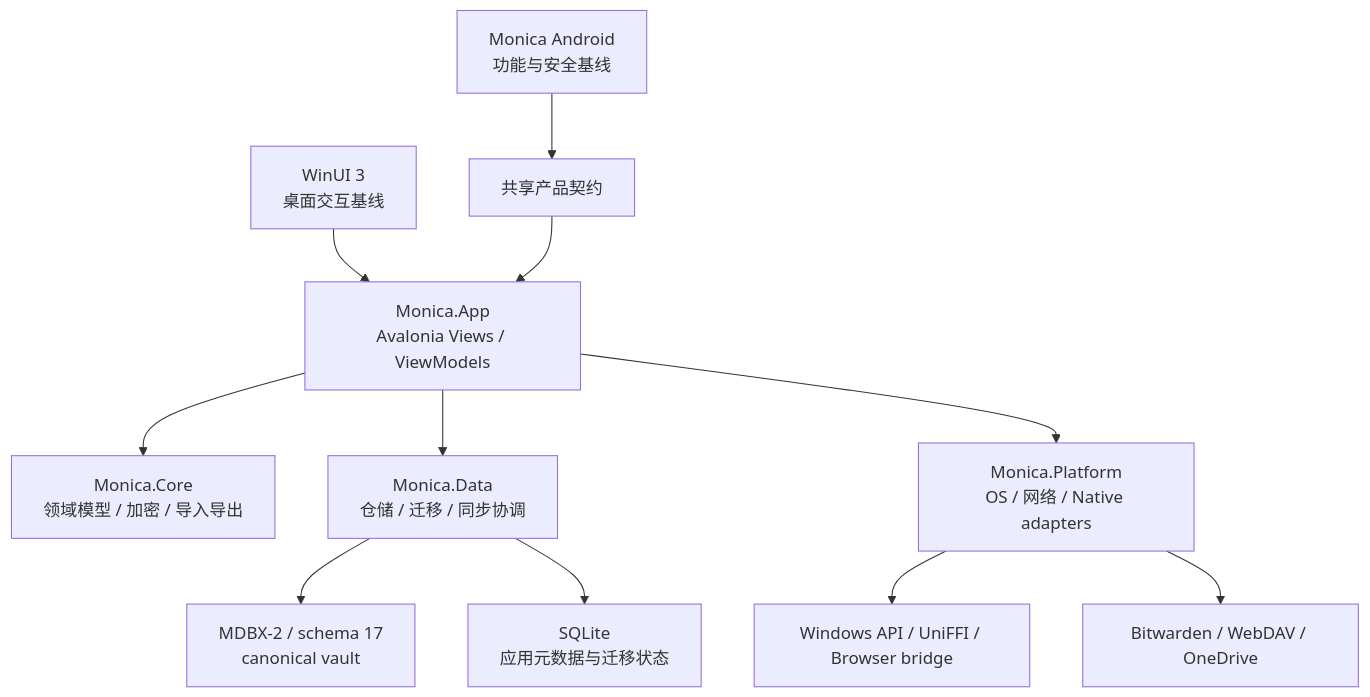
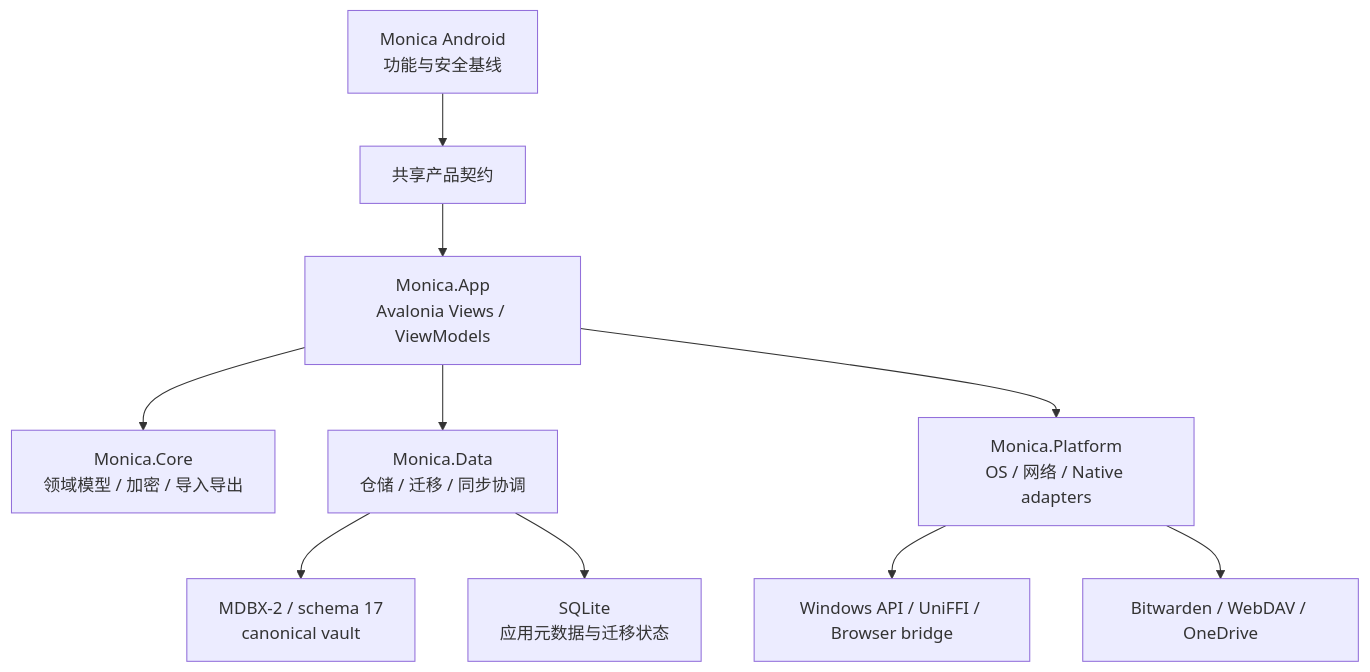
One commit to Monica-Pass/Monica-by-Avalonia changed the diagram in README.md. Above: the diagram before and after it, drawn with Mermaid. The commit also changed other lines of this file and 50 other files, not shown here.

Commit message:
Align Avalonia desktop with Android API key flow

````diff
--- a/README.md
+++ b/README.md
@@ -79,13 +80,12 @@
 ```mermaid
 flowchart TB
     Android["Monica Android\n功能与安全基线"] --> Contract["共享产品契约"]
-    WinUI["WinUI 3\n桌面交互基线"] --> App["Monica.App\nAvalonia Views / ViewModels"]
-    Contract --> App
+    Contract --> App["Monica.App\nAvalonia Views / ViewModels"]
     App --> Core["Monica.Core\n领域模型 / 加密 / 导入导出"]
     App --> Data["Monica.Data\n仓储 / 迁移 / 同步协调"]
     App --> Platform["Monica.Platform\nOS / 网络 / Native adapters"]
     Data --> Mdbx["MDBX-2 / schema 17\ncanonical vault"]
     Data --> Sqlite["SQLite\n应用元数据与迁移状态"]
     Platform --> Native["Windows API / UniFFI / Browser bridge"]
     Platform --> Remote["Bitwarden / WebDAV / OneDrive"]
 ```
````
